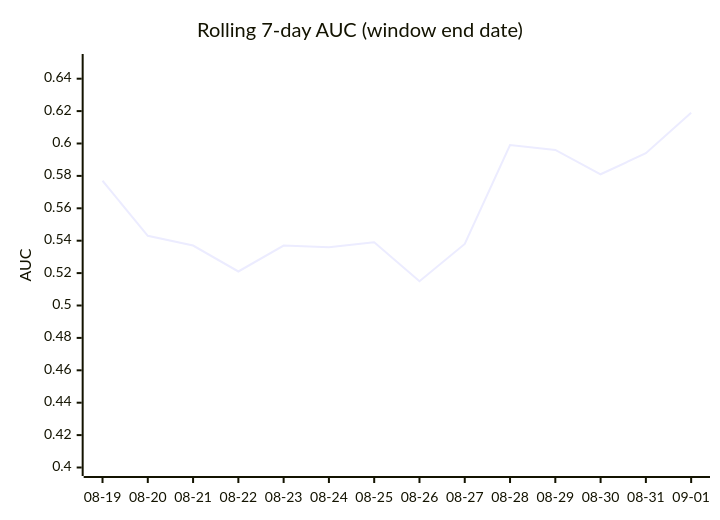
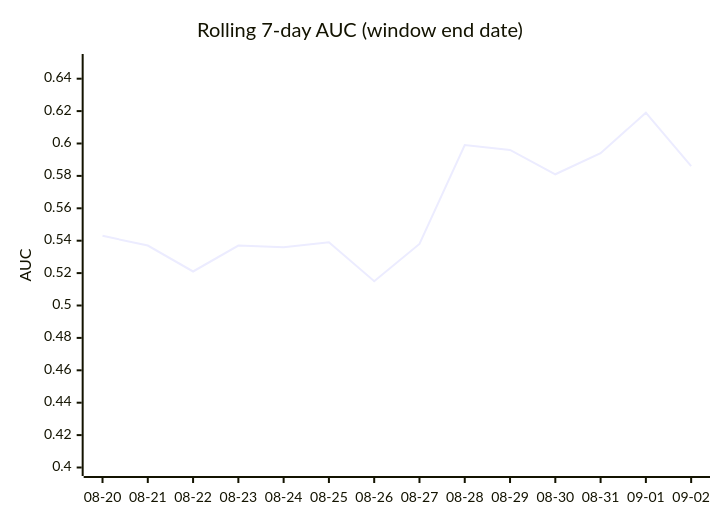
The third of 4 diagrams in DAILY_AGSU_REPORT.md (dpk1212/nhl-savant), drawn with Mermaid before and after one commit. The commit also changed other lines of this file, not shown here.

````diff
--- a/DAILY_AGSU_REPORT.md
+++ b/DAILY_AGSU_REPORT.md
@@ -859,7 +849,7 @@
 ```mermaid
 xychart-beta
     title "Rolling 7-day AUC (window end date)"
-    x-axis ["08-19", "08-20", "08-21", "08-22", "08-23", "08-24", "08-25", "08-26", "08-27", "08-28", "08-29", "08-30", "08-31", "09-01"]
+    x-axis ["08-20", "08-21", "08-22", "08-23", "08-24", "08-25", "08-26", "08-27", "08-28", "08-29", "08-30", "08-31", "09-01", "09-02"]
     y-axis "AUC" 0.4 --> 0.65
-    line [0.577, 0.543, 0.537, 0.521, 0.537, 0.536, 0.539, 0.515, 0.538, 0.599, 0.596, 0.581, 0.594, 0.619]
+    line [0.543, 0.537, 0.521, 0.537, 0.536, 0.539, 0.515, 0.538, 0.599, 0.596, 0.581, 0.594, 0.619, 0.586]
 ```
````
